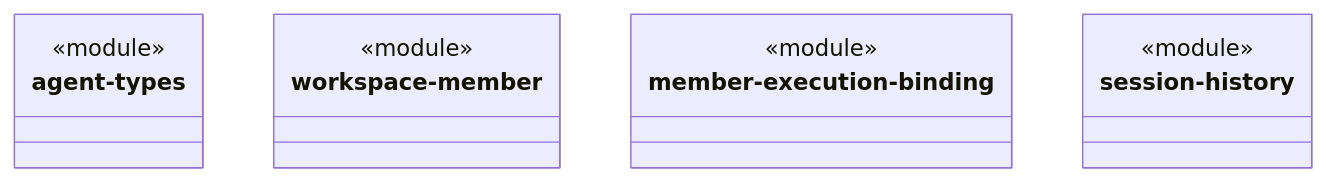
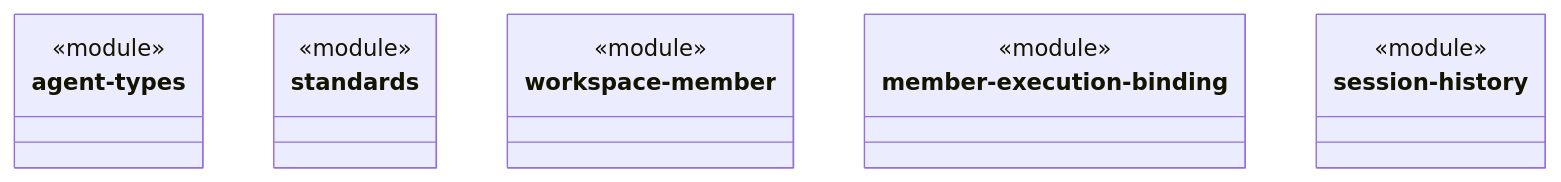
Before and after one commit to nan023062/cbim: the diagram in src/logic/team/rules/ARCHITECTURE.md, drawn with Mermaid. The commit also changed other lines of this file and 212 other files, not shown here.

````diff
--- a/src/logic/team/rules/ARCHITECTURE.md
+++ b/src/logic/team/rules/ARCHITECTURE.md
@@ -22,19 +23,23 @@
 ```mermaid
 classDiagram
 class N_5f23c275120a["agent-types"] {
   <<module>>
 }
 click N_5f23c275120a href "agent-types.ts"
+class N_b346fbc92f9a["standards"] {
+  <<module>>
+}
+click N_b346fbc92f9a href "standards.ts"
 class N_6d3db0fcdfc5["workspace-member"] {
   <<module>>
 }
 click N_6d3db0fcdfc5 href "workspace-member.ts"
 class N_849821aceb27["member-execution-binding"] {
   <<module>>
 }
 click N_849821aceb27 href "member-execution-binding.ts"
 class N_216322eabecd["session-history"] {
   <<module>>
 }
 click N_216322eabecd href "session-history.ts"
 ```
````
